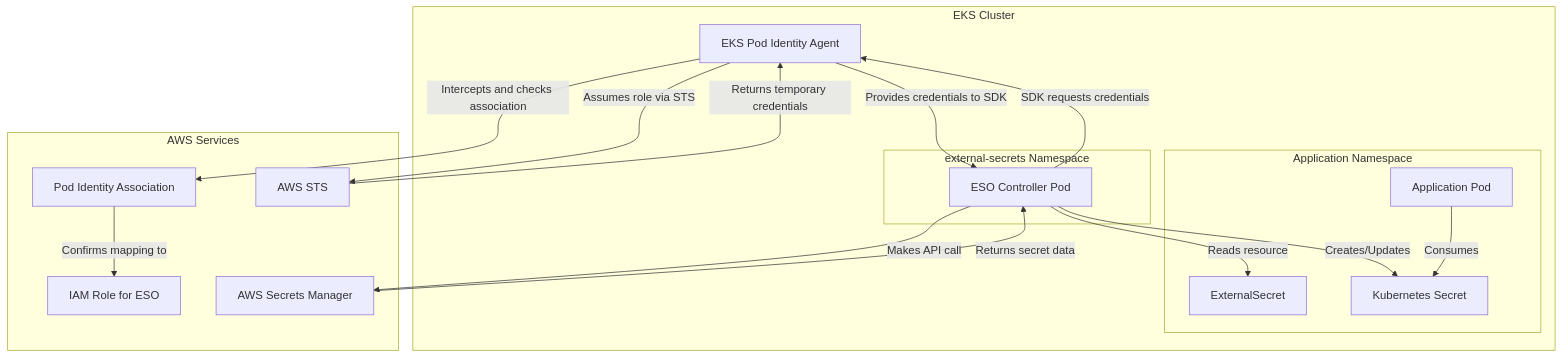
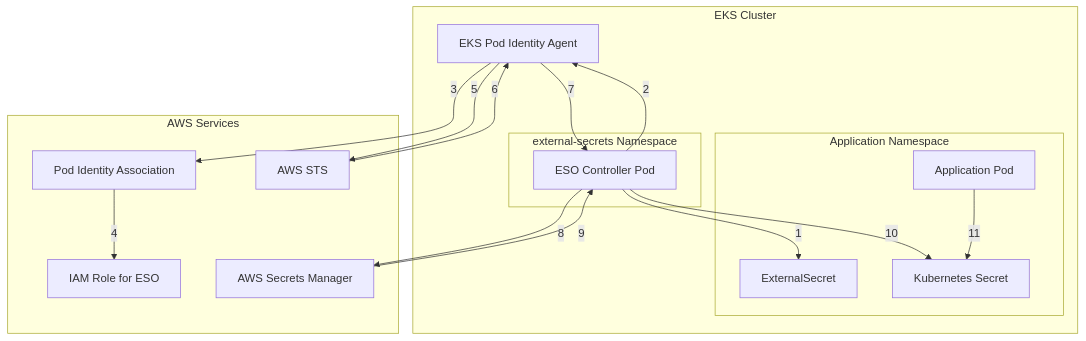
The diagram in eso_with_eks_pod_identity.md (dharani-sowndharya/architecture-learnings), drawn with Mermaid before and after one commit.

Commit message:
Edits mermaid

````diff
--- a/eso_with_eks_pod_identity.md
+++ b/eso_with_eks_pod_identity.md
@@ -19,33 +19,33 @@
 ```mermaid
 graph TD
     subgraph EKS["EKS Cluster"]
         PIA[EKS Pod Identity Agent]
         subgraph ESNs["external-secrets Namespace"]
             ESO[ESO Controller Pod]
         end
         subgraph AppNs["Application Namespace"]
             ES[ExternalSecret]
             K8sSecret[Kubernetes Secret]
             AppPod[Application Pod]
         end
     end
     
     subgraph AWS["AWS Services"]
         PIAS[Pod Identity Association]
         IAMRole[IAM Role for ESO]
         STS[AWS STS]
         SecretASM[AWS Secrets Manager]
     end
 
-    ESO -->|Reads resource| ES
-    ESO -->|SDK requests credentials| PIA
-    PIA -->|Intercepts and checks association| PIAS
-    PIAS -->|Confirms mapping to| IAMRole
-    PIA -->|Assumes role via STS| STS
-    STS -->|Returns temporary credentials| PIA
-    PIA -->|Provides credentials to SDK| ESO
-    ESO -->|Makes API call| SecretASM
-    SecretASM -->|Returns secret data| ESO
-    ESO -->|Creates/Updates| K8sSecret
-    AppPod -->|Consumes| K8sSecret
+    ESO -->|1| ES
+    ESO -->|2| PIA
+    PIA -->|3| PIAS
+    PIAS -->|4| IAMRole
+    PIA -->|5| STS
+    STS -->|6| PIA
+    PIA -->|7| ESO
+    ESO -->|8| SecretASM
+    SecretASM -->|9| ESO
+    ESO -->|10| K8sSecret
+    AppPod -->|11| K8sSecret
 ```
````
